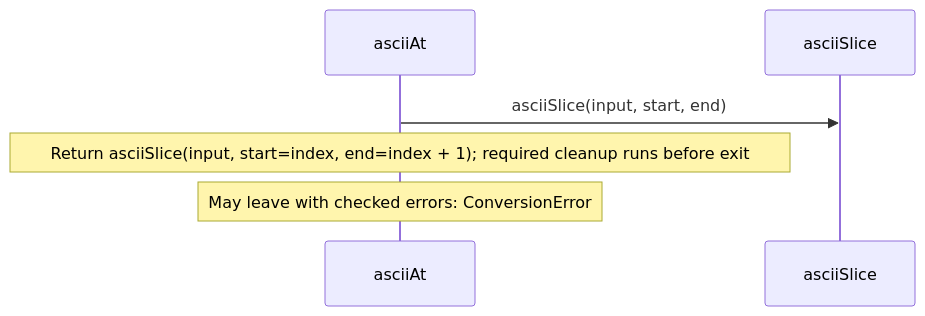
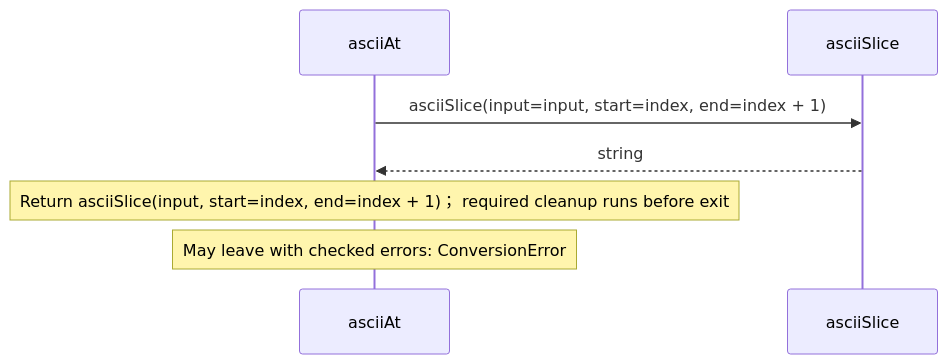
Before and after one commit to GreenPandaStudios/augscript: the third of 5 diagrams in src/stdlib/values/ascii.aug.diagrams.md, drawn with Mermaid. The commit also changed other lines of this file and 524 other files, not shown here.

Commit message:
Explain checked data flow at folder and service levels

````diff
--- a/src/stdlib/values/ascii.aug.diagrams.md
+++ b/src/stdlib/values/ascii.aug.diagrams.md
@@ -57,8 +56,9 @@
 ```mermaid
 sequenceDiagram
     participant p0 as asciiAt
     participant p1 as asciiSlice
-    p0->>p1: asciiSlice(input, start, end)
-    Note over p0: Return asciiSlice(input, start=index, end=index + 1)#59; required cleanup runs before exit
+    p0->>p1: asciiSlice(input=input, start=index, end=index + 1)
+    p1-->>p0: string
+    Note over p0: Return asciiSlice(input, start=index, end=index + 1)； required cleanup runs before exit
     Note over p0: May leave with checked errors: ConversionError
 ```
````
